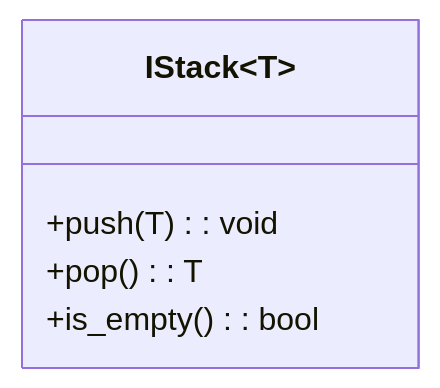
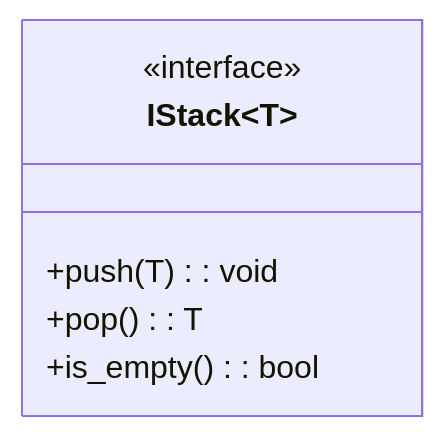
The first of 3 diagrams in src/courses/001-back-to-basics/003-core-data-structures/001-abstract-data-types.md (damiandrzewicz/moderndev-blog), drawn with Mermaid before and after one commit. The commit also changed other lines of this file and 5 other files, not shown here.

````diff
--- a/src/courses/001-back-to-basics/003-core-data-structures/001-abstract-data-types.md
+++ b/src/courses/001-back-to-basics/003-core-data-structures/001-abstract-data-types.md
@@ -122,9 +122,10 @@
 ```mermaid
 classDiagram
     direction LR
     class IStack~T~ {
+      <<interface>>
       +push(T): void
       +pop(): T
       +is_empty(): bool
     }
 ```
````
